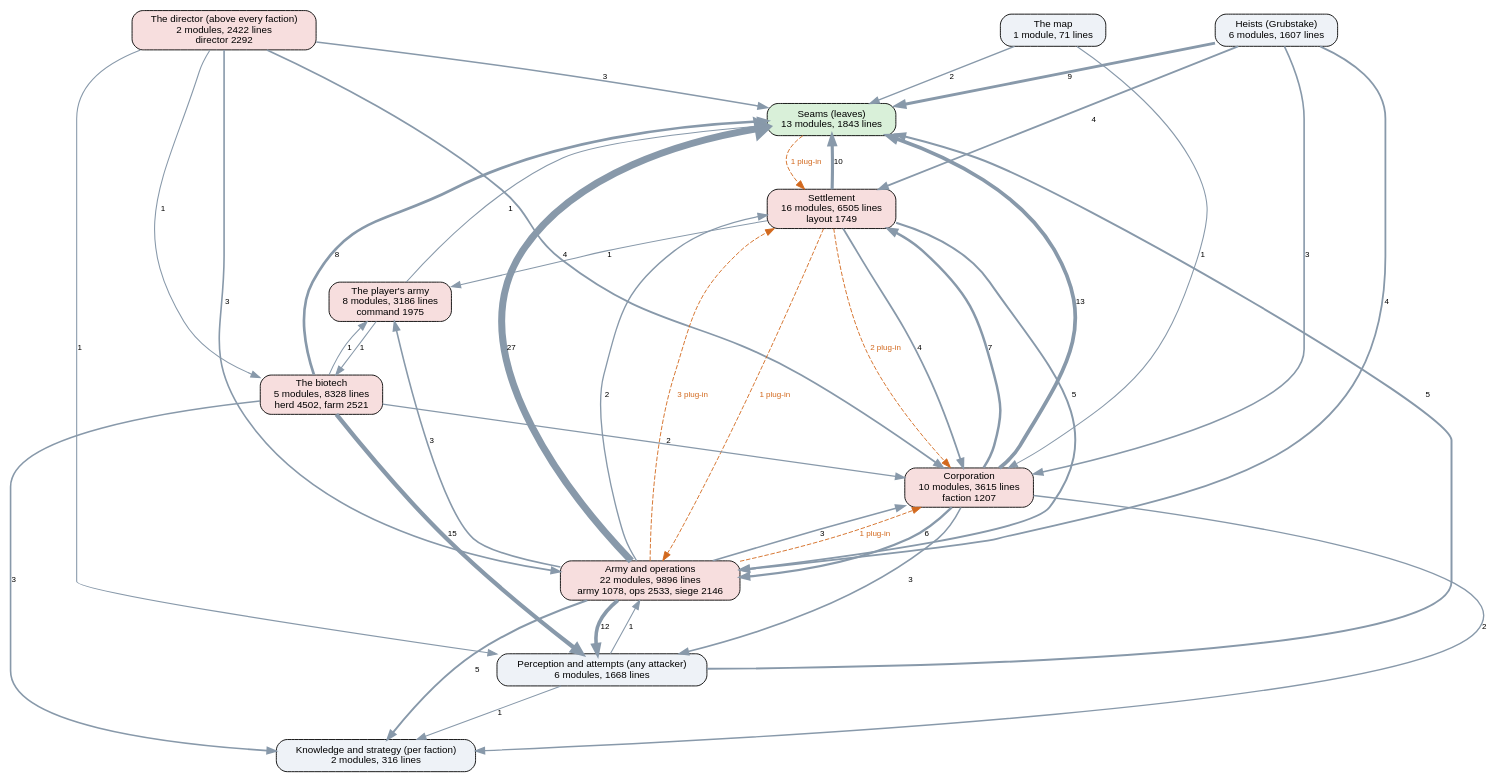
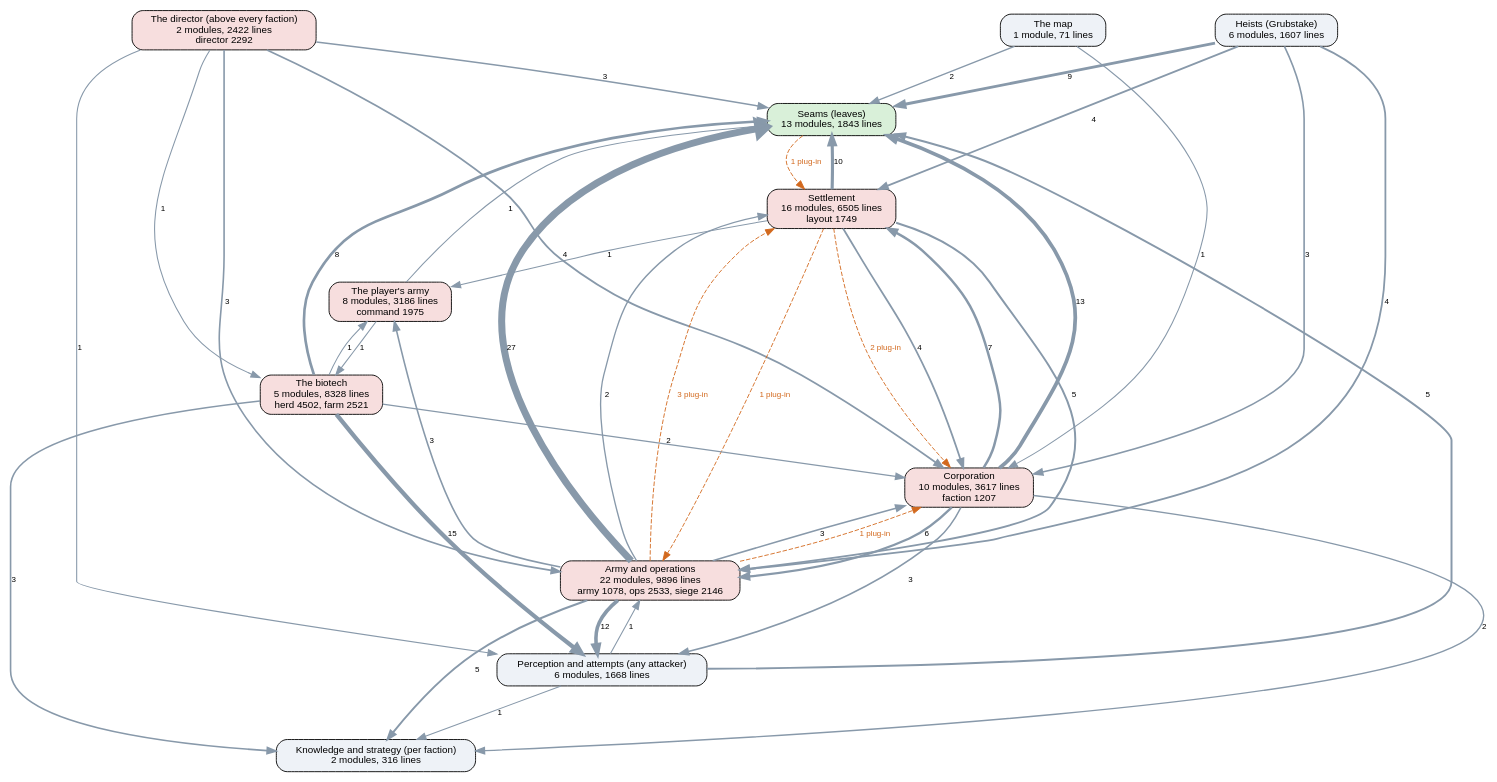
One commit to kinelhu/landing-party changed the diagram in docs/ai-layers.dot. Above: the diagram before and after it, drawn with Graphviz. The commit also changed 29 other files, not shown here.

```diff
--- a/docs/ai-layers.dot
+++ b/docs/ai-layers.dot
@@ -1,57 +1,57 @@
 digraph layers {
   graph [rankdir=TB, fontname="Helvetica", nodesep=0.5, ranksep=0.7];
   node [shape=box, style="rounded,filled", fontname="Helvetica", fontsize=11, fillcolor="#eef2f7"];
   edge [color="#8899aa", fontname="Helvetica", fontsize=9];
   "Seams (leaves)" [label="Seams (leaves)\n13 modules, 1843 lines", fillcolor="#d9f0d9"];
   "Perception and attempts (any attacker)" [label="Perception and attempts (any attacker)\n6 modules, 1668 lines", fillcolor="#eef2f7"];
   "Knowledge and strategy (per faction)" [label="Knowledge and strategy (per faction)\n2 modules, 316 lines", fillcolor="#eef2f7"];
   "The director (above every faction)" [label="The director (above every faction)\n2 modules, 2422 lines\ndirector 2292", fillcolor="#f7dede"];
-  "Corporation" [label="Corporation\n10 modules, 3615 lines\nfaction 1207", fillcolor="#f7dede"];
+  "Corporation" [label="Corporation\n10 modules, 3617 lines\nfaction 1207", fillcolor="#f7dede"];
   "Settlement" [label="Settlement\n16 modules, 6505 lines\nlayout 1749", fillcolor="#f7dede"];
   "Army and operations" [label="Army and operations\n22 modules, 9896 lines\narmy 1078, ops 2533, siege 2146", fillcolor="#f7dede"];
   "Heists (Grubstake)" [label="Heists (Grubstake)\n6 modules, 1607 lines", fillcolor="#eef2f7"];
   "The biotech" [label="The biotech\n5 modules, 8328 lines\nherd 4502, farm 2521", fillcolor="#f7dede"];
   "The map" [label="The map\n1 module, 71 lines", fillcolor="#eef2f7"];
   "The player's army" [label="The player's army\n8 modules, 3186 lines\ncommand 1975", fillcolor="#f7dede"];
   "Army and operations" -> "Corporation" [label="3", penwidth=1.8];
   "Army and operations" -> "Knowledge and strategy (per faction)" [label="5", penwidth=2.2];
   "Army and operations" -> "Perception and attempts (any attacker)" [label="12", penwidth=4.0];
   "Army and operations" -> "Seams (leaves)" [label="27", penwidth=7.8];
   "Army and operations" -> "Settlement" [label="2", penwidth=1.5];
   "Army and operations" -> "The player's army" [label="3", penwidth=1.8];
   "Corporation" -> "Army and operations" [label="6", penwidth=2.5];
   "Corporation" -> "Knowledge and strategy (per faction)" [label="2", penwidth=1.5];
   "Corporation" -> "Perception and attempts (any attacker)" [label="3", penwidth=1.8];
   "Corporation" -> "Seams (leaves)" [label="13", penwidth=4.2];
   "Corporation" -> "Settlement" [label="7", penwidth=2.8];
   "Heists (Grubstake)" -> "Army and operations" [label="4", penwidth=2.0];
   "Heists (Grubstake)" -> "Corporation" [label="3", penwidth=1.8];
   "Heists (Grubstake)" -> "Seams (leaves)" [label="9", penwidth=3.2];
   "Heists (Grubstake)" -> "Settlement" [label="4", penwidth=2.0];
   "Perception and attempts (any attacker)" -> "Army and operations" [label="1", penwidth=1.2];
   "Perception and attempts (any attacker)" -> "Knowledge and strategy (per faction)" [label="1", penwidth=1.2];
   "Perception and attempts (any attacker)" -> "Seams (leaves)" [label="5", penwidth=2.2];
   "Settlement" -> "Army and operations" [label="5", penwidth=2.2];
   "Settlement" -> "Corporation" [label="4", penwidth=2.0];
   "Settlement" -> "Seams (leaves)" [label="10", penwidth=3.5];
   "Settlement" -> "The player's army" [label="1", penwidth=1.2];
   "The biotech" -> "Corporation" [label="2", penwidth=1.5];
   "The biotech" -> "Knowledge and strategy (per faction)" [label="3", penwidth=1.8];
   "The biotech" -> "Perception and attempts (any attacker)" [label="15", penwidth=4.8];
   "The biotech" -> "Seams (leaves)" [label="8", penwidth=3.0];
   "The biotech" -> "The player's army" [label="1", penwidth=1.2];
   "The director (above every faction)" -> "Army and operations" [label="3", penwidth=1.8];
   "The director (above every faction)" -> "Corporation" [label="4", penwidth=2.0];
   "The director (above every faction)" -> "Perception and attempts (any attacker)" [label="1", penwidth=1.2];
   "The director (above every faction)" -> "Seams (leaves)" [label="3", penwidth=1.8];
   "The director (above every faction)" -> "The biotech" [label="1", penwidth=1.2];
   "The map" -> "Corporation" [label="1", penwidth=1.2];
   "The map" -> "Seams (leaves)" [label="2", penwidth=1.5];
   "The player's army" -> "Seams (leaves)" [label="1", penwidth=1.2];
   "The player's army" -> "The biotech" [label="1", penwidth=1.2];
   "Army and operations" -> "Corporation" [style=dashed, color="#d2691e", fontcolor="#d2691e", label="1 plug-in"];
   "Army and operations" -> "Settlement" [style=dashed, color="#d2691e", fontcolor="#d2691e", label="3 plug-in"];
   "Seams (leaves)" -> "Settlement" [style=dashed, color="#d2691e", fontcolor="#d2691e", label="1 plug-in"];
   "Settlement" -> "Army and operations" [style=dashed, color="#d2691e", fontcolor="#d2691e", label="1 plug-in"];
   "Settlement" -> "Corporation" [style=dashed, color="#d2691e", fontcolor="#d2691e", label="2 plug-in"];
 }
```
